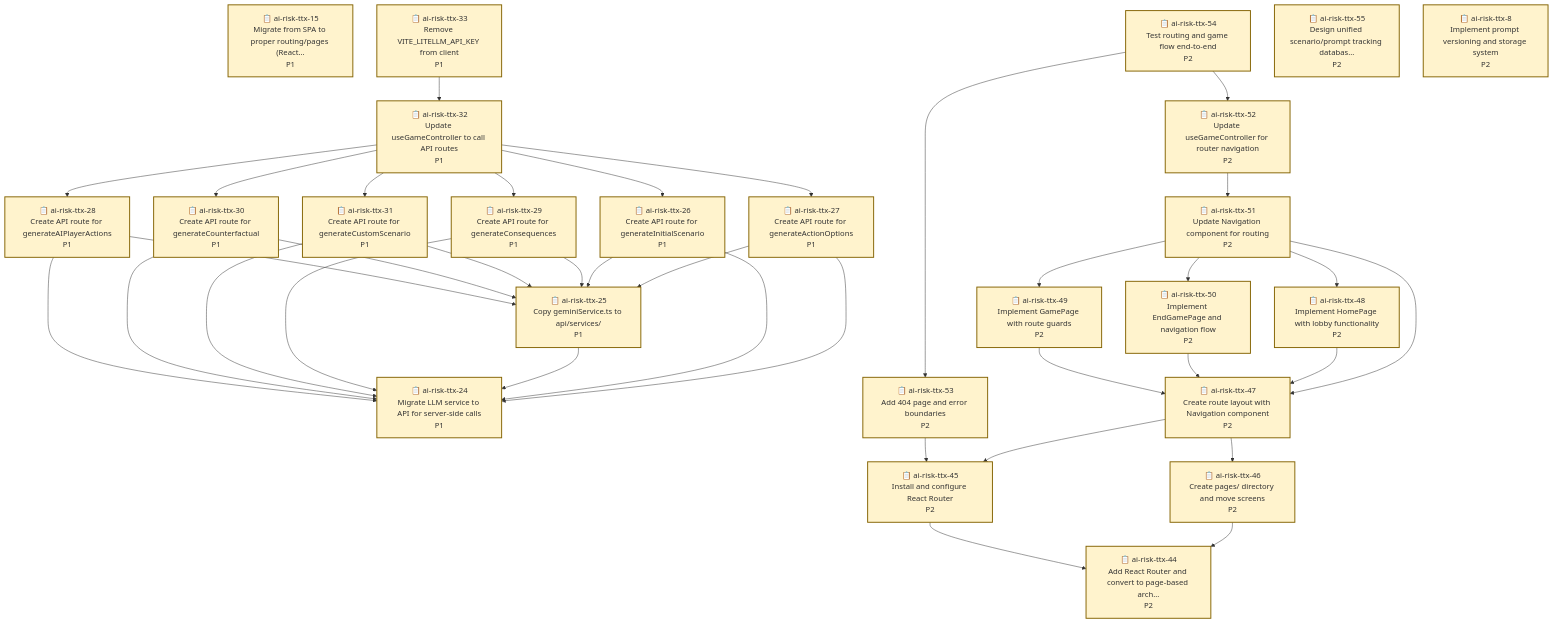
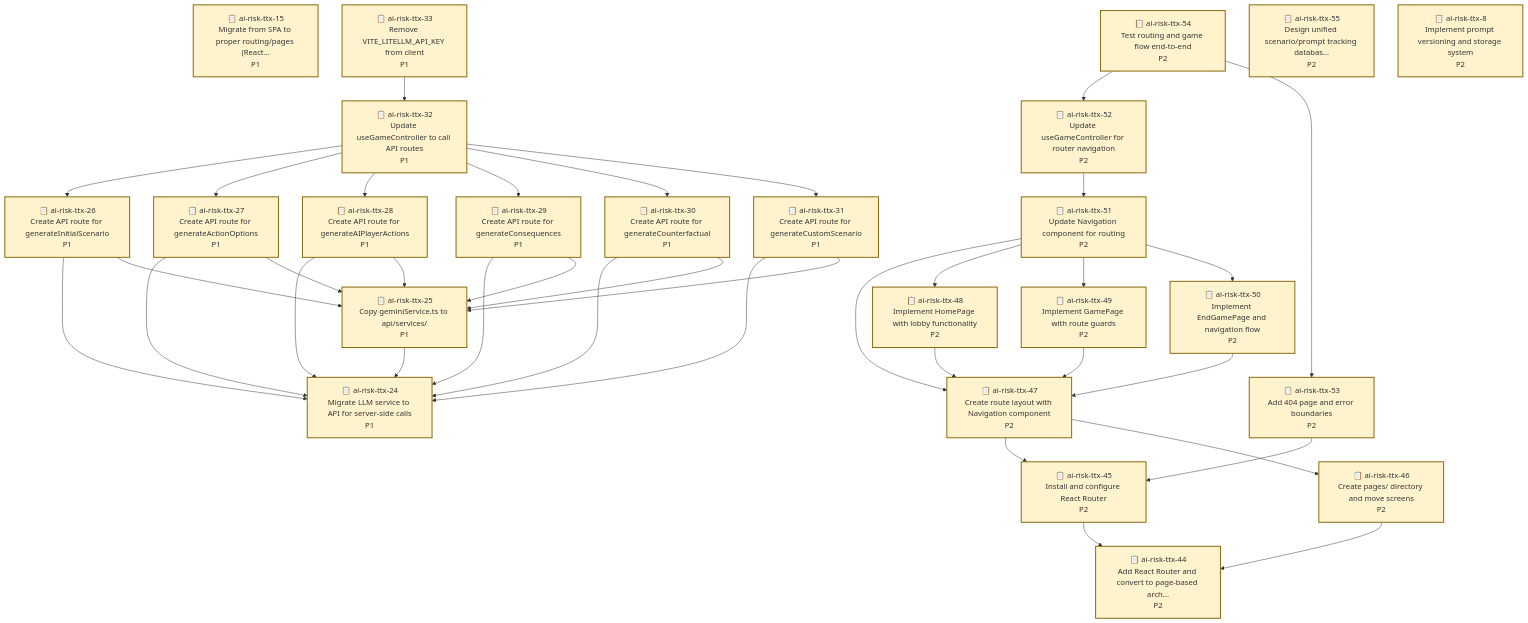
The diagram in .beads/graph.md (bhi5hmaraj/ai-risk-ttx), drawn with Mermaid before and after one commit. The commit also changed other lines of this file and 3 other files, not shown here.

````diff
--- a/.beads/graph.md
+++ b/.beads/graph.md
@@ -49,39 +49,39 @@
     ai-risk-ttx-8["📋 ai-risk-ttx-8<br/>Implement prompt versioning and storage system<br/>P2"]
     style ai-risk-ttx-8 fill:#fff3cd,stroke:#856404,stroke-width:2px
 
+    ai-risk-ttx-33 --> ai-risk-ttx-32
+    ai-risk-ttx-28 --> ai-risk-ttx-24
+    ai-risk-ttx-28 --> ai-risk-ttx-25
+    ai-risk-ttx-31 --> ai-risk-ttx-24
+    ai-risk-ttx-31 --> ai-risk-ttx-25
+    ai-risk-ttx-45 --> ai-risk-ttx-44
+    ai-risk-ttx-52 --> ai-risk-ttx-51
+    ai-risk-ttx-27 --> ai-risk-ttx-24
+    ai-risk-ttx-27 --> ai-risk-ttx-25
+    ai-risk-ttx-51 --> ai-risk-ttx-47
+    ai-risk-ttx-51 --> ai-risk-ttx-48
+    ai-risk-ttx-51 --> ai-risk-ttx-49
+    ai-risk-ttx-51 --> ai-risk-ttx-50
+    ai-risk-ttx-48 --> ai-risk-ttx-47
+    ai-risk-ttx-30 --> ai-risk-ttx-24
+    ai-risk-ttx-30 --> ai-risk-ttx-25
+    ai-risk-ttx-47 --> ai-risk-ttx-45
+    ai-risk-ttx-47 --> ai-risk-ttx-46
+    ai-risk-ttx-29 --> ai-risk-ttx-24
+    ai-risk-ttx-29 --> ai-risk-ttx-25
+    ai-risk-ttx-46 --> ai-risk-ttx-44
     ai-risk-ttx-49 --> ai-risk-ttx-47
-    ai-risk-ttx-52 --> ai-risk-ttx-51
-    ai-risk-ttx-53 --> ai-risk-ttx-45
     ai-risk-ttx-54 --> ai-risk-ttx-52
     ai-risk-ttx-54 --> ai-risk-ttx-53
-    ai-risk-ttx-28 --> ai-risk-ttx-24
-    ai-risk-ttx-28 --> ai-risk-ttx-25
-    ai-risk-ttx-50 --> ai-risk-ttx-47
-    ai-risk-ttx-30 --> ai-risk-ttx-24
-    ai-risk-ttx-30 --> ai-risk-ttx-25
-    ai-risk-ttx-31 --> ai-risk-ttx-24
-    ai-risk-ttx-31 --> ai-risk-ttx-25
-    ai-risk-ttx-48 --> ai-risk-ttx-47
-    ai-risk-ttx-47 --> ai-risk-ttx-45
-    ai-risk-ttx-47 --> ai-risk-ttx-46
-    ai-risk-ttx-45 --> ai-risk-ttx-44
-    ai-risk-ttx-29 --> ai-risk-ttx-24
-    ai-risk-ttx-29 --> ai-risk-ttx-25
-    ai-risk-ttx-25 --> ai-risk-ttx-24
-    ai-risk-ttx-33 --> ai-risk-ttx-32
     ai-risk-ttx-26 --> ai-risk-ttx-24
     ai-risk-ttx-26 --> ai-risk-ttx-25
+    ai-risk-ttx-50 --> ai-risk-ttx-47
     ai-risk-ttx-32 --> ai-risk-ttx-26
     ai-risk-ttx-32 --> ai-risk-ttx-27
     ai-risk-ttx-32 --> ai-risk-ttx-28
     ai-risk-ttx-32 --> ai-risk-ttx-29
     ai-risk-ttx-32 --> ai-risk-ttx-30
     ai-risk-ttx-32 --> ai-risk-ttx-31
-    ai-risk-ttx-27 --> ai-risk-ttx-24
-    ai-risk-ttx-27 --> ai-risk-ttx-25
-    ai-risk-ttx-51 --> ai-risk-ttx-47
-    ai-risk-ttx-51 --> ai-risk-ttx-48
-    ai-risk-ttx-51 --> ai-risk-ttx-49
-    ai-risk-ttx-51 --> ai-risk-ttx-50
-    ai-risk-ttx-46 --> ai-risk-ttx-44
+    ai-risk-ttx-25 --> ai-risk-ttx-24
+    ai-risk-ttx-53 --> ai-risk-ttx-45
 ```
````
